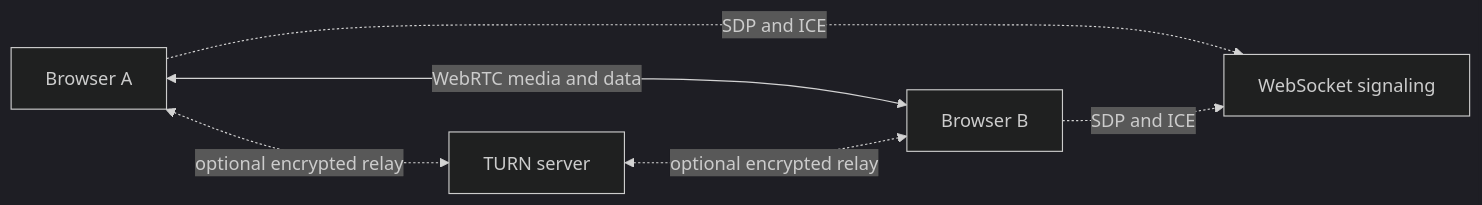
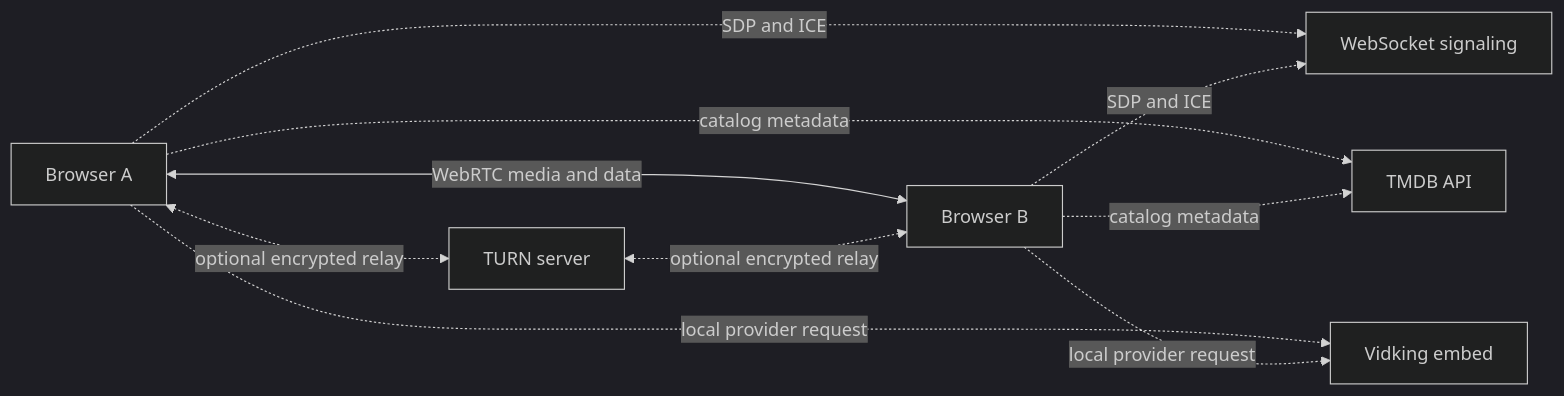
The diagram in README.md (benson09121/WebRTC-screenshare-frontend), drawn with Mermaid (dark theme) before and after one commit. The commit also changed other lines of this file and 42 other files, not shown here.

````diff
--- a/README.md
+++ b/README.md
@@ -34,8 +36,12 @@
 ```mermaid
 flowchart LR
     A[Browser A] <-->|WebRTC media and data| B[Browser B]
     A -. SDP and ICE .-> S[WebSocket signaling]
     B -. SDP and ICE .-> S
     A <-. optional encrypted relay .-> T[TURN server]
     T <-. optional encrypted relay .-> B
+    A -. catalog metadata .-> M[TMDB API]
+    B -. catalog metadata .-> M
+    A -. local provider request .-> P[Vidking embed]
+    B -. local provider request .-> P
 ```
````
